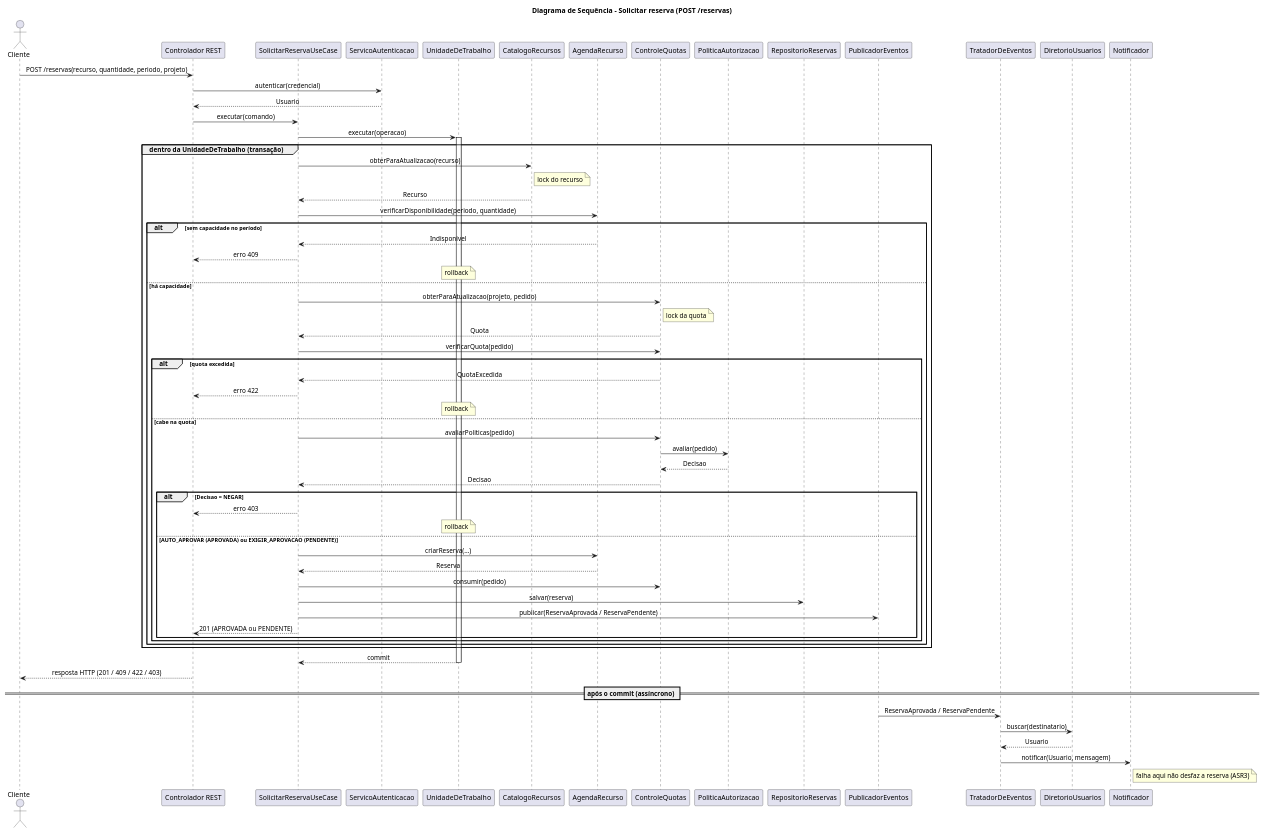
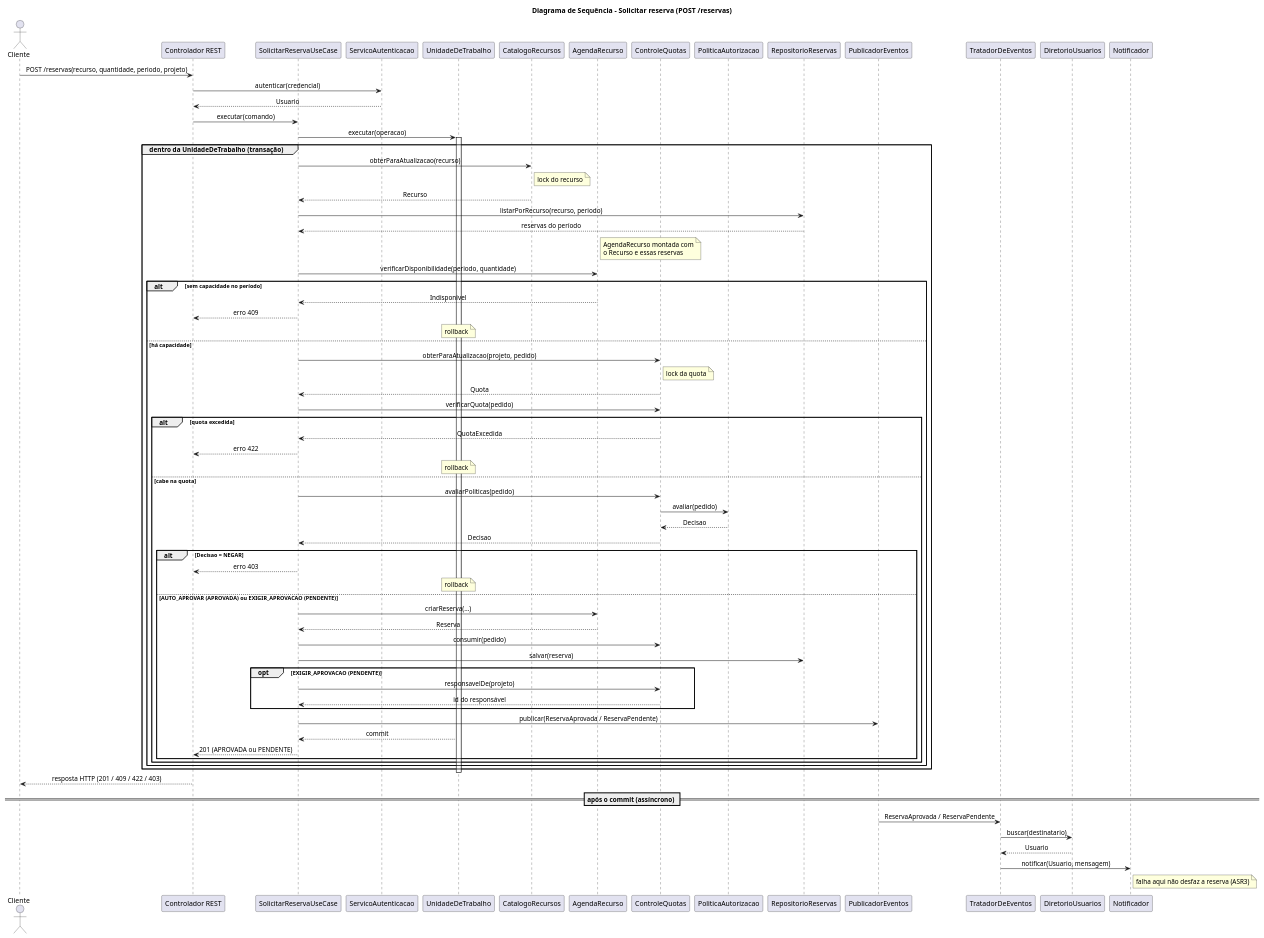
Before and after one commit to o-athos/design-project: the diagram in docs/diagramas/sequencia.puml, drawn with PlantUML. The commit also changed 3 other files, not shown here.

```diff
--- a/docs/diagramas/sequencia.puml
+++ b/docs/diagramas/sequencia.puml
@@ -1,86 +1,94 @@
 @startuml sequencia
 title Diagrama de Sequência - Solicitar reserva (POST /reservas)
 
 skinparam shadowing false
 skinparam sequenceMessageAlign center
 
 actor Cliente
 participant "Controlador REST" as rest
 participant "SolicitarReservaUseCase" as uc
 participant "ServicoAutenticacao" as auth
 participant "UnidadeDeTrabalho" as uow
 participant "CatalogoRecursos" as cat
 participant "AgendaRecurso" as agenda
 participant "ControleQuotas" as quotas
 participant "PoliticaAutorizacao" as pol
 participant "RepositorioReservas" as repo
 participant "PublicadorEventos" as pub
 participant "TratadorDeEventos" as evt
 participant "DiretorioUsuarios" as dir
 participant "Notificador" as notif
 
 Cliente -> rest : POST /reservas(recurso, quantidade, periodo, projeto)
 rest -> auth : autenticar(credencial)
 auth --> rest : Usuario
 rest -> uc : executar(comando)
 
 uc -> uow : executar(operacao)
 activate uow
 
 group dentro da UnidadeDeTrabalho (transação)
 
   uc -> cat : obterParaAtualizacao(recurso)
   note right of cat : lock do recurso
   cat --> uc : Recurso
 
+  uc -> repo : listarPorRecurso(recurso, periodo)
+  repo --> uc : reservas do período
+  note right of agenda : AgendaRecurso montada com\no Recurso e essas reservas
+
   uc -> agenda : verificarDisponibilidade(periodo, quantidade)
 
   alt sem capacidade no período
     agenda --> uc : Indisponivel
     uc --> rest : erro 409
     note over uow : rollback
   else há capacidade
     uc -> quotas : obterParaAtualizacao(projeto, pedido)
     note right of quotas : lock da quota
     quotas --> uc : Quota
     uc -> quotas : verificarQuota(pedido)
 
     alt quota excedida
       quotas --> uc : QuotaExcedida
       uc --> rest : erro 422
       note over uow : rollback
     else cabe na quota
       uc -> quotas : avaliarPoliticas(pedido)
       quotas -> pol : avaliar(pedido)
       pol --> quotas : Decisao
       quotas --> uc : Decisao
 
       alt Decisao = NEGAR
         uc --> rest : erro 403
         note over uow : rollback
       else AUTO_APROVAR (APROVADA) ou EXIGIR_APROVACAO (PENDENTE)
         uc -> agenda : criarReserva(...)
         agenda --> uc : Reserva
         uc -> quotas : consumir(pedido)
         uc -> repo : salvar(reserva)
+        opt EXIGIR_APROVACAO (PENDENTE)
+          uc -> quotas : responsavelDe(projeto)
+          quotas --> uc : id do responsável
+        end
         uc -> pub : publicar(ReservaAprovada / ReservaPendente)
+        uow --> uc : commit
         uc --> rest : 201 (APROVADA ou PENDENTE)
       end
     end
   end
 
 end
-uow --> uc : commit
 deactivate uow
 
 rest --> Cliente : resposta HTTP (201 / 409 / 422 / 403)
 
 == após o commit (assíncrono) ==
 
 pub -> evt : ReservaAprovada / ReservaPendente
 evt -> dir : buscar(destinatario)
 dir --> evt : Usuario
 evt -> notif : notificar(Usuario, mensagem)
 note right of notif : falha aqui não desfaz a reserva (ASR3)
 
 @enduml
```
